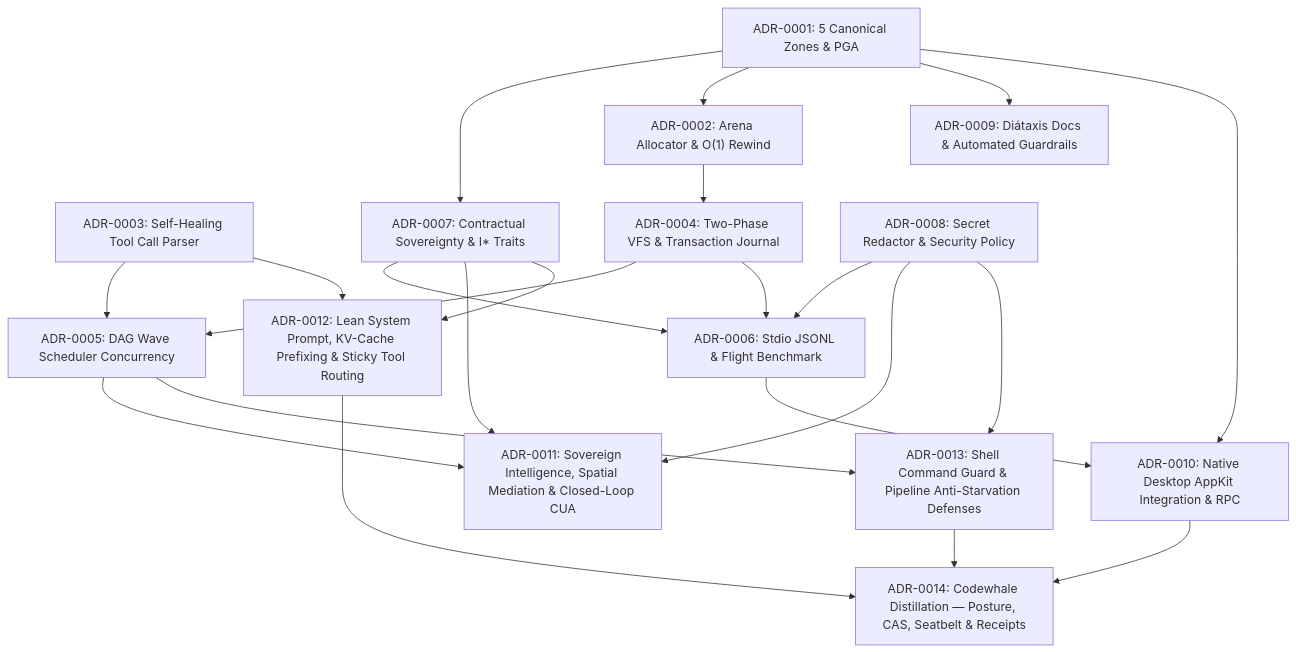
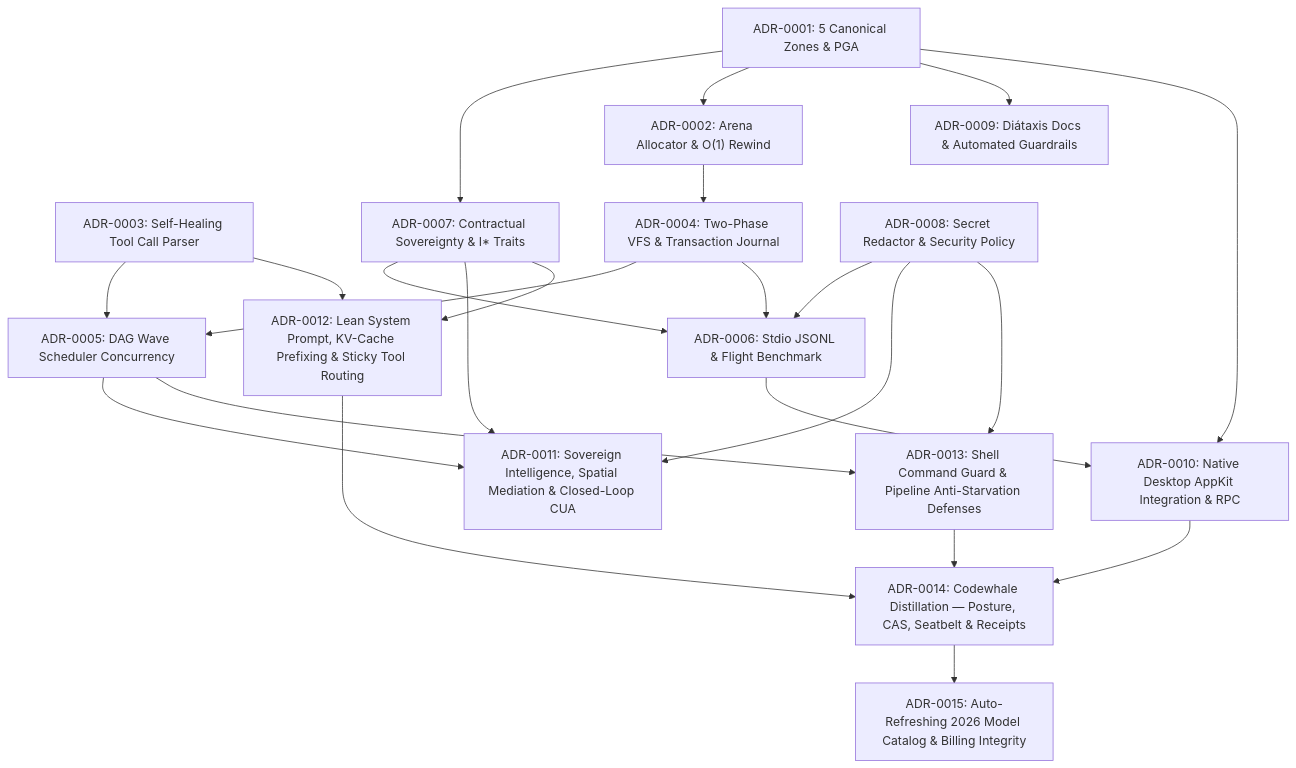
One commit to CardSorting/HEAV3NS-MICRO changed the diagram in docs/adr/README.md. Above: the diagram before and after it, drawn with Mermaid. The commit also changed other lines of this file and 48 other files, not shown here.

Commit message:
feat(catalog,docs): auto-refreshing 2026 frontier model catalog, dynamic pricing registry, ADR-0015 & comprehensive documentation update

````diff
--- a/docs/adr/README.md
+++ b/docs/adr/README.md
@@ -23,39 +23,41 @@
 ```mermaid
 flowchart TD
   ADR1["ADR-0001: 5 Canonical Zones & PGA"]
   ADR2["ADR-0002: Arena Allocator & O(1) Rewind"]
   ADR3["ADR-0003: Self-Healing Tool Call Parser"]
   ADR4["ADR-0004: Two-Phase VFS & Transaction Journal"]
   ADR5["ADR-0005: DAG Wave Scheduler Concurrency"]
   ADR6["ADR-0006: Stdio JSONL & Flight Benchmark"]
   ADR7["ADR-0007: Contractual Sovereignty & I* Traits"]
   ADR8["ADR-0008: Secret Redactor & Security Policy"]
   ADR9["ADR-0009: Diátaxis Docs & Automated Guardrails"]
   ADR10["ADR-0010: Native Desktop AppKit Integration & RPC"]
   ADR11["ADR-0011: Sovereign Intelligence, Spatial Mediation & Closed-Loop CUA"]
   ADR12["ADR-0012: Lean System Prompt, KV-Cache Prefixing & Sticky Tool Routing"]
   ADR13["ADR-0013: Shell Command Guard & Pipeline Anti-Starvation Defenses"]
   ADR14["ADR-0014: Codewhale Distillation — Posture, CAS, Seatbelt & Receipts"]
+  ADR15["ADR-0015: Auto-Refreshing 2026 Model Catalog & Billing Integrity"]
 
   ADR1 --> ADR7
   ADR1 --> ADR2
   ADR2 --> ADR4
   ADR3 --> ADR5
   ADR4 --> ADR5
   ADR4 --> ADR6
   ADR7 --> ADR6
   ADR8 --> ADR6
   ADR1 --> ADR9
   ADR6 --> ADR10
   ADR1 --> ADR10
   ADR5 --> ADR11
   ADR7 --> ADR11
   ADR8 --> ADR11
   ADR3 --> ADR12
   ADR7 --> ADR12
   ADR8 --> ADR13
   ADR5 --> ADR13
   ADR10 --> ADR14
   ADR12 --> ADR14
   ADR13 --> ADR14
+  ADR14 --> ADR15
 ```
````
